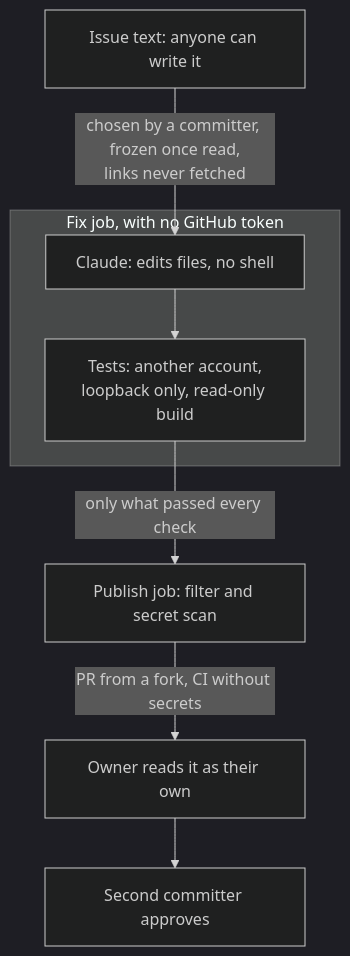
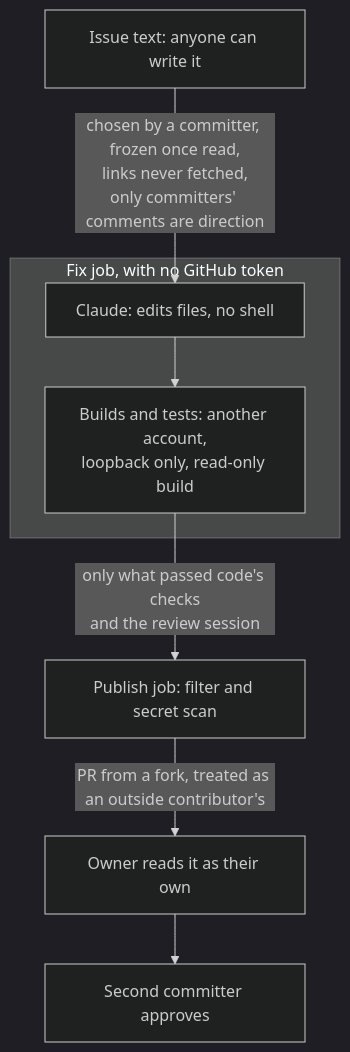
Before and after one commit to sarthakaggarwal97/valkey-ci-agent: the seventh of 8 diagrams in docs/design/software-factory.md, drawn with Mermaid (dark theme). The commit also changed other lines of this file, not shown here.

First line of the commit message:
Address the gate review and cut repeated material from the design doc

````diff
--- a/docs/design/software-factory.md
+++ b/docs/design/software-factory.md
@@ -601,16 +596,16 @@
 ```mermaid
 flowchart TD
     I["Issue text: anyone can write it"]
     subgraph Contained["Fix job, with no GitHub token"]
         C["Claude: edits files, no shell"]
-        T["Tests: another account,<br/>loopback only, read-only build"]
+        T["Builds and tests: another account,<br/>loopback only, read-only build"]
     end
     Fl["Publish job: filter and secret scan"]
     O["Owner reads it as their own"]
     A["Second committer approves"]
-    I -->|"chosen by a committer, frozen once read,<br/>links never fetched"| C
+    I -->|"chosen by a committer, frozen once read,<br/>links never fetched,<br/>only committers' comments are direction"| C
     C --> T
-    T -->|"only what passed every check"| Fl
-    Fl -->|"PR from a fork, CI without secrets"| O
+    T -->|"only what passed code's checks<br/>and the review session"| Fl
+    Fl -->|"PR from a fork, treated as an outside contributor's"| O
     O --> A
 ```
````
